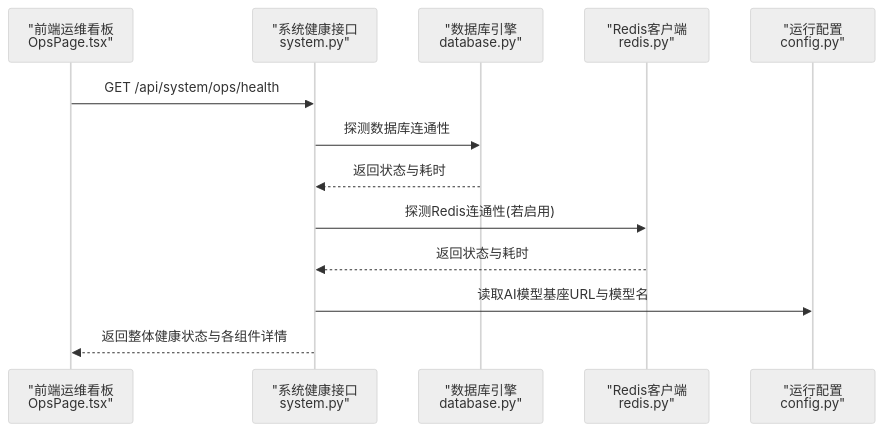
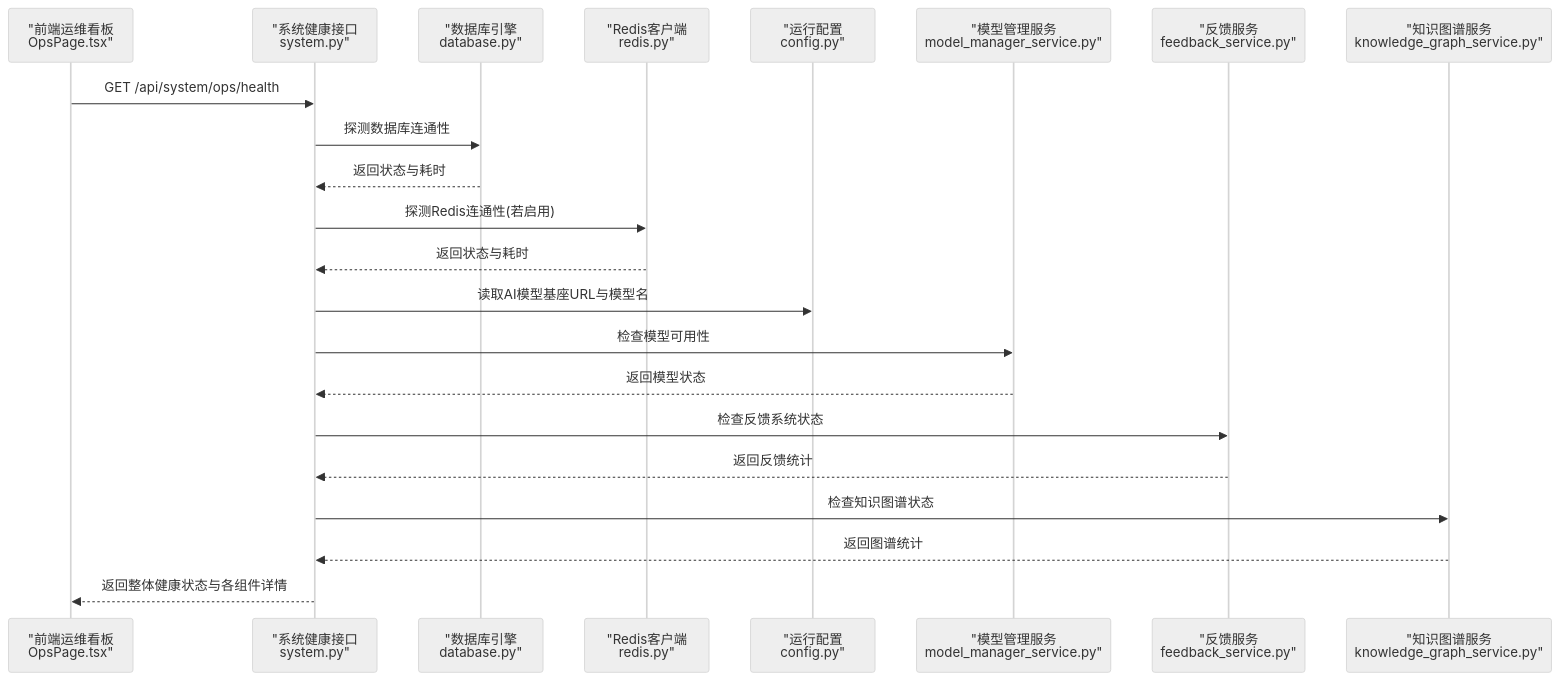
The second of 5 diagrams in .qoder/repowiki/zh/content/系统管理/监控告警系统.md (dream-ze/AI_huoke-), drawn with Mermaid (neutral theme) before and after one commit. The commit also changed other lines of this file and 220 other files, not shown here.

````diff
--- a/.qoder/repowiki/zh/content/系统管理/监控告警系统.md
+++ b/.qoder/repowiki/zh/content/系统管理/监控告警系统.md
@@ -104,15 +142,24 @@
 ```mermaid
 sequenceDiagram
 participant FE as "前端运维看板<br/>OpsPage.tsx"
 participant API as "系统健康接口<br/>system.py"
 participant DB as "数据库引擎<br/>database.py"
 participant RDS as "Redis客户端<br/>redis.py"
 participant CFG as "运行配置<br/>config.py"
+participant MODEL as "模型管理服务<br/>model_manager_service.py"
+participant FEEDBACK as "反馈服务<br/>feedback_service.py"
+participant GRAPH as "知识图谱服务<br/>knowledge_graph_service.py"
 FE->>API : GET /api/system/ops/health
 API->>DB : 探测数据库连通性
 DB-->>API : 返回状态与耗时
 API->>RDS : 探测Redis连通性(若启用)
 RDS-->>API : 返回状态与耗时
 API->>CFG : 读取AI模型基座URL与模型名
+API->>MODEL : 检查模型可用性
+MODEL-->>API : 返回模型状态
+API->>FEEDBACK : 检查反馈系统状态
+FEEDBACK-->>API : 返回反馈统计
+API->>GRAPH : 检查知识图谱状态
+GRAPH-->>API : 返回图谱统计
 API-->>FE : 返回整体健康状态与各组件详情
 ```
````
